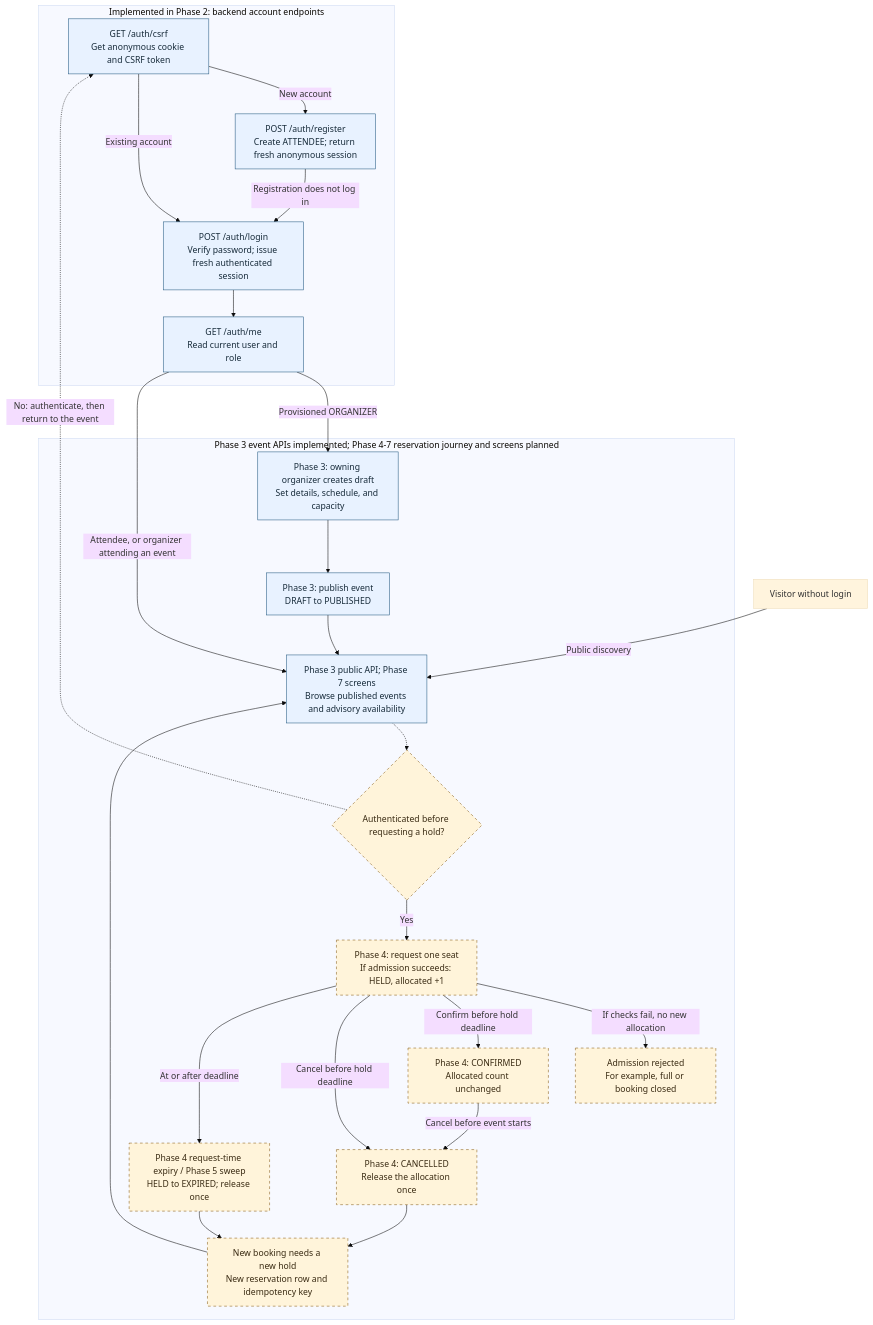
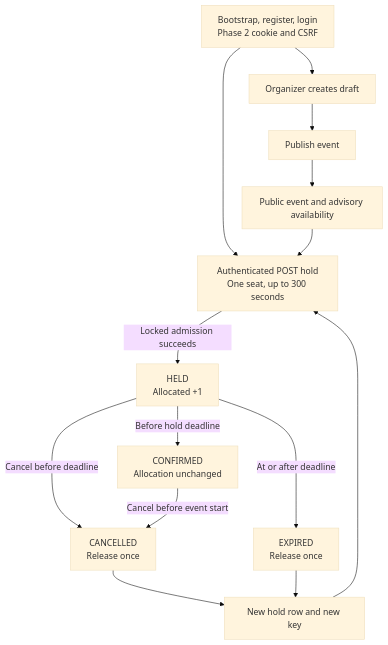
One commit to ShreyasKowshal/Concurrency-Safe-Reservation-System changed the second of 3 diagrams in docs/architecture.md. Above: the diagram before and after it, drawn with Mermaid (base theme). The commit also changed other lines of this file and 31 other files, not shown here.

````diff
--- a/docs/architecture.md
+++ b/docs/architecture.md
@@ -176,50 +131,24 @@
 ```mermaid
 flowchart TD
-    subgraph Accounts["Implemented in Phase 2: backend account endpoints"]
-        Bootstrap["GET /auth/csrf<br/>Get anonymous cookie and CSRF token"]
-        Register["POST /auth/register<br/>Create ATTENDEE; return fresh anonymous session"]
-        Login["POST /auth/login<br/>Verify password; issue fresh authenticated session"]
-        Identity["GET /auth/me<br/>Read current user and role"]
-        Bootstrap -->|"New account"| Register
-        Bootstrap -->|"Existing account"| Login
-        Register -->|"Registration does not log in"| Login
-        Login --> Identity
-    end
-
-    Visitor["Visitor without login"]
-    subgraph Journeys["Phase 3 event APIs implemented; Phase 4-7 reservation journey and screens planned"]
-        Draft["Phase 3: owning organizer creates draft<br/>Set details, schedule, and capacity"]
-        Publish["Phase 3: publish event<br/>DRAFT to PUBLISHED"]
-        Browse["Phase 3 public API; Phase 7 screens<br/>Browse published events and advisory availability"]
-        SignedIn{"Authenticated before requesting a hold?"}
-        Hold["Phase 4: request one seat<br/>If admission succeeds: HELD, allocated +1"]
-        Rejected["Admission rejected<br/>For example, full or booking closed"]
-        Confirmed["Phase 4: CONFIRMED<br/>Allocated count unchanged"]
-        Cancelled["Phase 4: CANCELLED<br/>Release the allocation once"]
-        Expired["Phase 4 request-time expiry / Phase 5 sweep<br/>HELD to EXPIRED; release once"]
-        Rebook["New booking needs a new hold<br/>New reservation row and idempotency key"]
-
-        Draft --> Publish
-        Publish --> Browse
-        Browse -.-> SignedIn
-        SignedIn -->|"Yes"| Hold
-        Hold -->|"If checks fail, no new allocation"| Rejected
-        Hold -->|"Confirm before hold deadline"| Confirmed
-        Hold -->|"Cancel before hold deadline"| Cancelled
-        Hold -->|"At or after deadline"| Expired
-        Confirmed -->|"Cancel before event starts"| Cancelled
-        Cancelled --> Rebook
-        Expired --> Rebook
-        Rebook --> Browse
-    end
-
-    Identity -->|"Provisioned ORGANIZER"| Draft
-    Identity -->|"Attendee, or organizer attending an event"| Browse
-    Visitor -->|"Public discovery"| Browse
-    SignedIn -.->|"No: authenticate, then return to the event"| Bootstrap
-
-    classDef implemented fill:#e8f2ff,stroke:#245a81,color:#172b3a;
-    classDef planned fill:#fff4da,stroke:#865c13,color:#3a2b13,stroke-dasharray:5 5;
-    class Bootstrap,Register,Login,Identity,Draft,Publish,Browse implemented;
-    class SignedIn,Hold,Rejected,Confirmed,Cancelled,Expired,Rebook planned;
+    Login["Bootstrap, register, login<br/>Phase 2 cookie and CSRF"]
+    Draft["Organizer creates draft"]
+    Publish["Publish event"]
+    Browse["Public event and advisory availability"]
+    Hold["Authenticated POST hold<br/>One seat, up to 300 seconds"]
+    Held["HELD<br/>Allocated +1"]
+    Confirm["CONFIRMED<br/>Allocation unchanged"]
+    Cancel["CANCELLED<br/>Release once"]
+    Expire["EXPIRED<br/>Release once"]
+    Rebook["New hold row and new key"]
+    Login --> Draft --> Publish --> Browse
+    Login --> Hold
+    Browse --> Hold
+    Hold -->|"Locked admission succeeds"| Held
+    Held -->|"Before hold deadline"| Confirm
+    Held -->|"Cancel before deadline"| Cancel
+    Held -->|"At or after deadline"| Expire
+    Confirm -->|"Cancel before event start"| Cancel
+    Cancel --> Rebook
+    Expire --> Rebook
+    Rebook --> Hold
 ```
````
